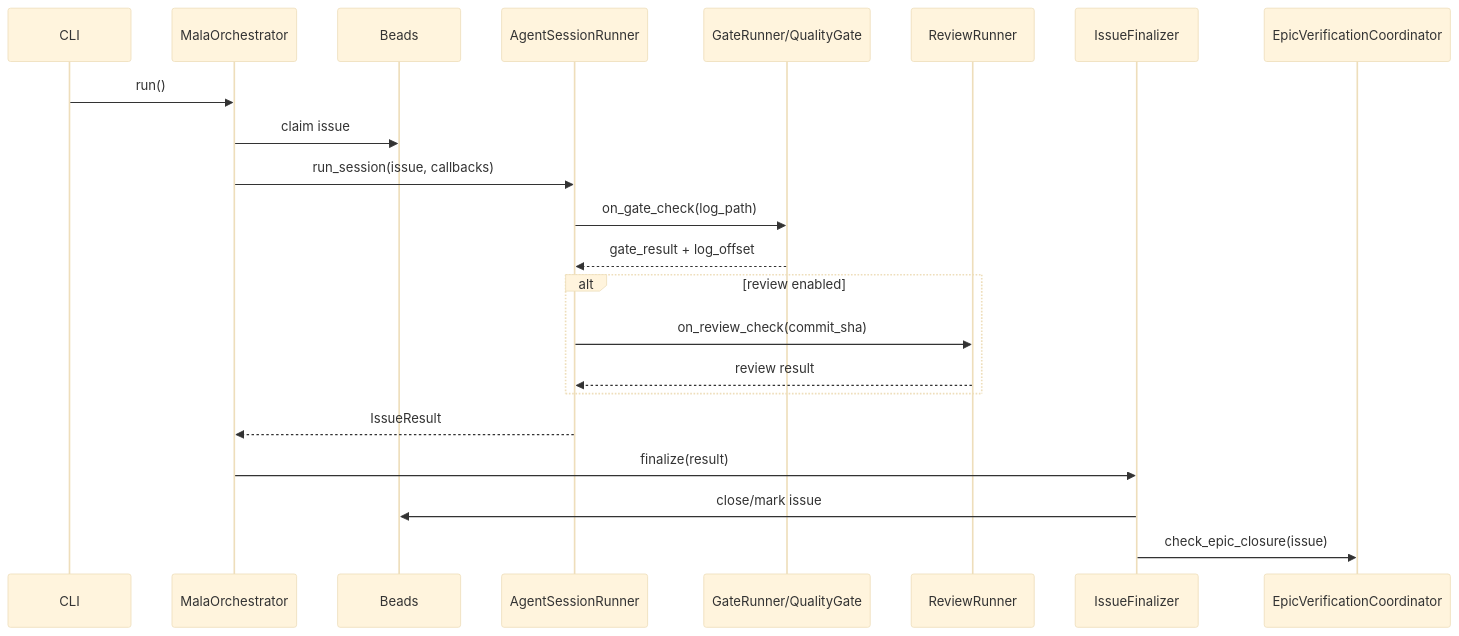
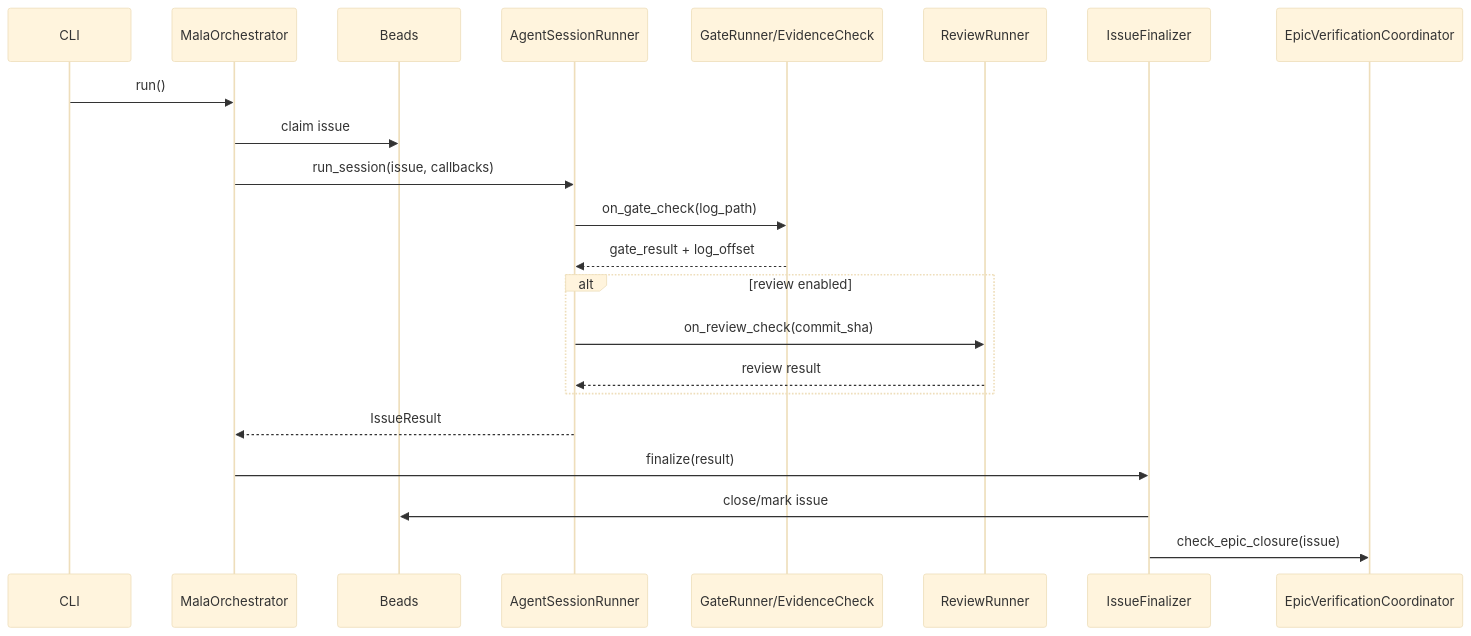
One commit to charlieyou/mala changed the third of 5 diagrams in docs/architecture.md. Above: the diagram before and after it, drawn with Mermaid (base theme). The commit also changed other lines of this file and 63 other files, not shown here.

````diff
--- a/docs/architecture.md
+++ b/docs/architecture.md
@@ -142,25 +142,25 @@
 ```mermaid
 sequenceDiagram
   participant CLI
   participant Orch as MalaOrchestrator
   participant Beads
   participant Session as AgentSessionRunner
-  participant Gate as GateRunner/QualityGate
+  participant Gate as GateRunner/EvidenceCheck
   participant Review as ReviewRunner
   participant Final as IssueFinalizer
   participant Epic as EpicVerificationCoordinator
 
   CLI->>Orch: run()
   Orch->>Beads: claim issue
   Orch->>Session: run_session(issue, callbacks)
   Session->>Gate: on_gate_check(log_path)
   Gate-->>Session: gate_result + log_offset
   alt review enabled
     Session->>Review: on_review_check(commit_sha)
     Review-->>Session: review result
   end
   Session-->>Orch: IssueResult
   Orch->>Final: finalize(result)
   Final->>Beads: close/mark issue
   Final->>Epic: check_epic_closure(issue)
 ```
````
